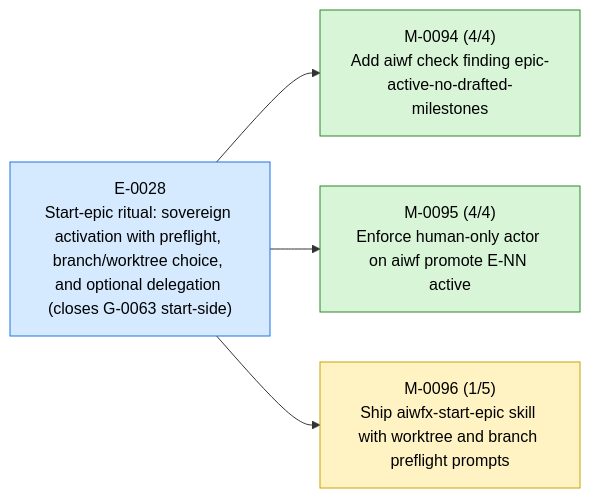
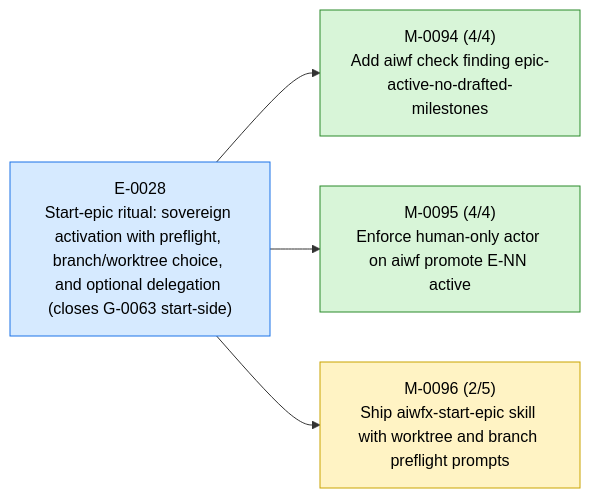
The first of 3 diagrams in STATUS.md (23min/aiwf), drawn with Mermaid before and after one commit. The commit also changed other lines of this file and 1 other file, not shown here.

````diff
--- a/STATUS.md
+++ b/STATUS.md
@@ -15,16 +15,16 @@
 ```mermaid
 flowchart LR
   E_0028["E-0028<br/>Start-epic ritual: sovereign activation with preflight, branch/worktree choice, and optional delegation (closes G-0063 start-side)"]:::epic_active
   M_0094["M-0094 (4/4)<br/>Add aiwf check finding epic-active-no-drafted-milestones"]:::ms_done
   E_0028 --> M_0094
   M_0095["M-0095 (4/4)<br/>Enforce human-only actor on aiwf promote E-NN active"]:::ms_done
   E_0028 --> M_0095
-  M_0096["M-0096 (1/5)<br/>Ship aiwfx-start-epic skill with worktree and branch preflight prompts"]:::ms_in_progress
+  M_0096["M-0096 (2/5)<br/>Ship aiwfx-start-epic skill with worktree and branch preflight prompts"]:::ms_in_progress
   E_0028 --> M_0096
   classDef epic_active fill:#d6eaff,stroke:#1a73e8,color:#000
   classDef epic_proposed fill:#f4f4f4,stroke:#888,color:#000
   classDef ms_done fill:#d8f5d8,stroke:#2a8a2a,color:#000
   classDef ms_in_progress fill:#fff3c4,stroke:#caa400,color:#000
   classDef ms_draft fill:#f4f4f4,stroke:#888,color:#000
   classDef ms_cancelled fill:#fbeaea,stroke:#c33,color:#000
 ```
````
